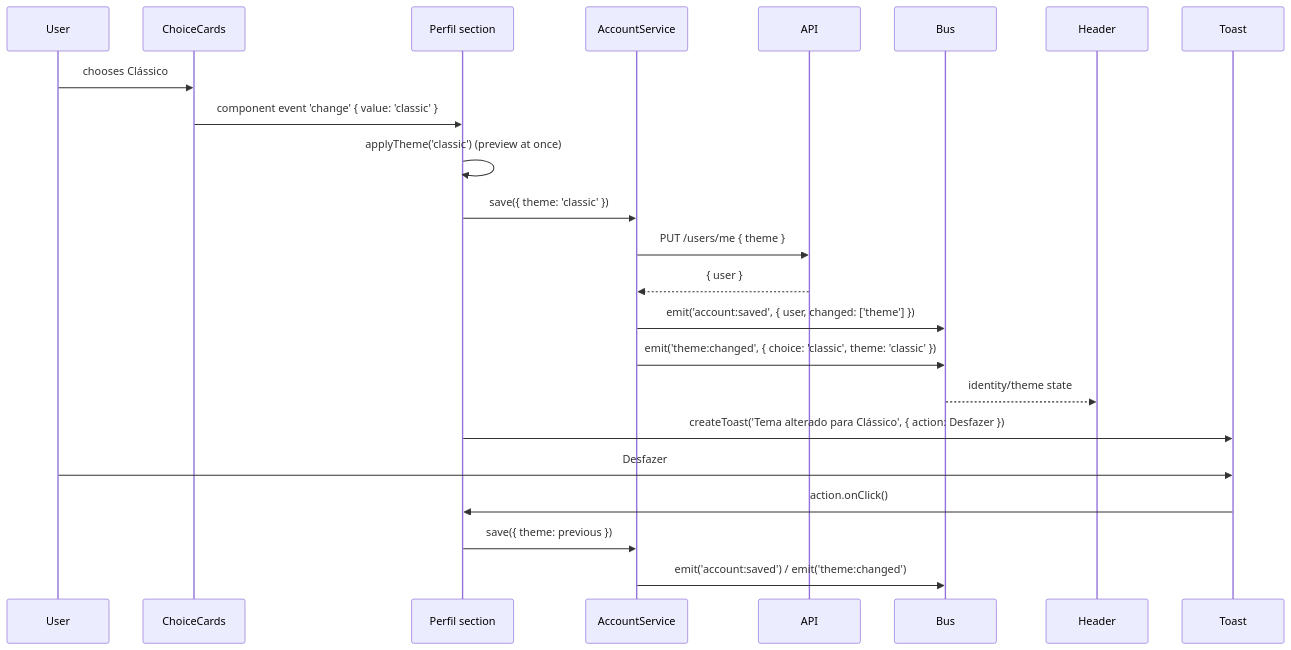
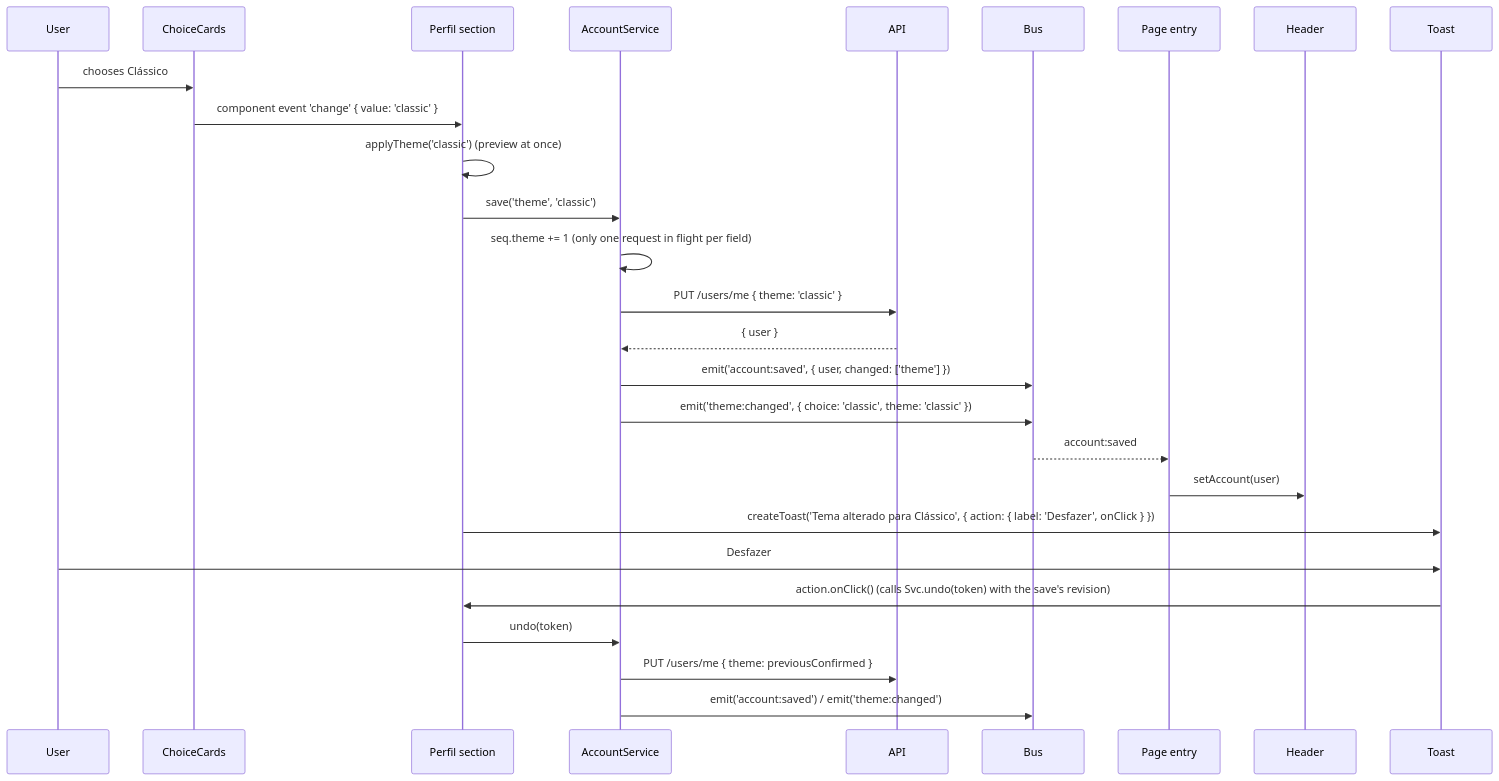
The second of 9 diagrams in docs/frontend/events.md (werlang/gladCode2), drawn with Mermaid before and after one commit. The commit also changed other lines of this file and 4 other files, not shown here.

````diff
--- a/docs/frontend/events.md
+++ b/docs/frontend/events.md
@@ -176,25 +226,29 @@
 ```mermaid
 sequenceDiagram
     participant User
     participant Choice as ChoiceCards
     participant Section as Perfil section
     participant Svc as AccountService
     participant API
     participant Bus
+    participant Shell as Page entry
     participant Header
     participant Toast
     User->>Choice: chooses Clássico
     Choice->>Section: component event 'change' { value: 'classic' }
     Section->>Section: applyTheme('classic') (preview at once)
-    Section->>Svc: save({ theme: 'classic' })
-    Svc->>API: PUT /users/me { theme }
+    Section->>Svc: save('theme', 'classic')
+    Svc->>Svc: seq.theme += 1 (only one request in flight per field)
+    Svc->>API: PUT /users/me { theme: 'classic' }
     API-->>Svc: { user }
     Svc->>Bus: emit('account:saved', { user, changed: ['theme'] })
     Svc->>Bus: emit('theme:changed', { choice: 'classic', theme: 'classic' })
-    Bus-->>Header: identity/theme state
-    Section->>Toast: createToast('Tema alterado para Clássico', { action: Desfazer })
+    Bus-->>Shell: account:saved
+    Shell->>Header: setAccount(user)
+    Section->>Toast: createToast('Tema alterado para Clássico', { action: { label: 'Desfazer', onClick } })
     User->>Toast: Desfazer
-    Toast->>Section: action.onClick()
-    Section->>Svc: save({ theme: previous })
+    Toast->>Section: action.onClick() (calls Svc.undo(token) with the save's revision)
+    Section->>Svc: undo(token)
+    Svc->>API: PUT /users/me { theme: previousConfirmed }
     Svc->>Bus: emit('account:saved') / emit('theme:changed')
 ```
````
